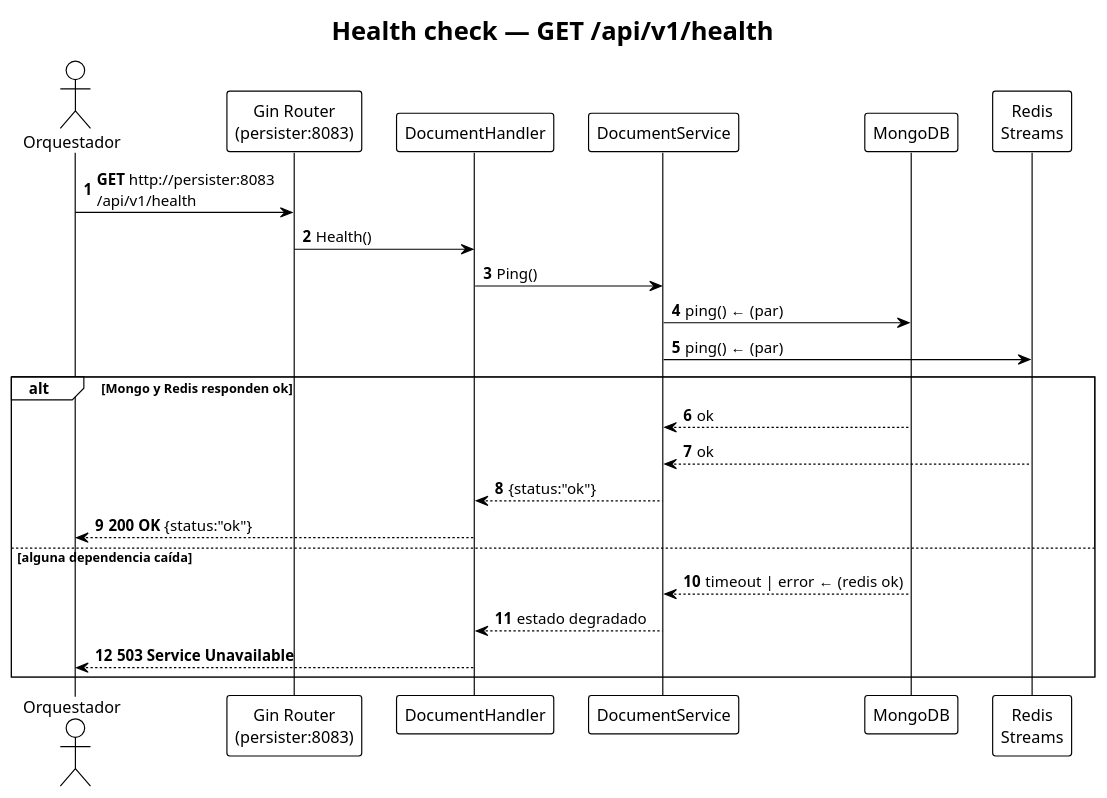
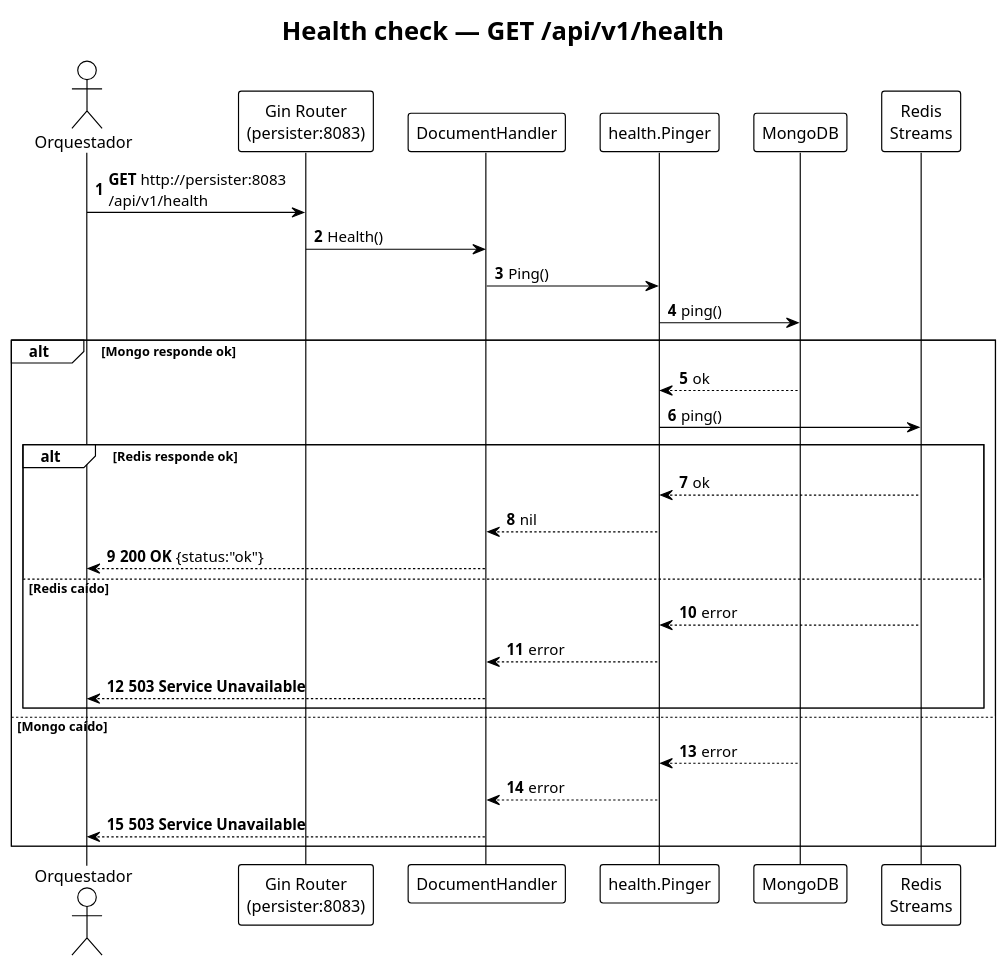
One commit to Zindorg/pdf-extractext-repositorios changed the diagram in docs/diagrams/sequence-health.puml. Above: the diagram before and after it, drawn with PlantUML. The commit also changed 29 other files, not shown here.

```diff
--- a/docs/diagrams/sequence-health.puml
+++ b/docs/diagrams/sequence-health.puml
@@ -1,31 +1,39 @@
 @startuml
+' Estado actual (2026-10-07): implementado — internal/adapters/health.Pinger
+' (ping secuencial: Mongo y después Redis; cualquier fallo → 503).
 !theme plain
 autonumber
 
 title "Health check — GET /api/v1/health"
 
 actor "Orquestador" as CLI
 participant "Gin Router\n(persister:8083)" as ROUTER
 participant "DocumentHandler" as HANDLER
-participant "DocumentService" as SERVICE
+participant "health.Pinger" as PINGER
 participant "MongoDB" as MONGO
 participant "Redis\nStreams" as REDIS
 
 CLI -> ROUTER : **GET** http://persister:8083\n/api/v1/health
 ROUTER -> HANDLER : Health()
 
-HANDLER -> SERVICE : Ping()
-SERVICE -> MONGO : ping()  ← (par)
-SERVICE -> REDIS : ping()  ← (par)
-alt Mongo y Redis responden ok
-    MONGO --> SERVICE : ok
-    REDIS --> SERVICE : ok
-    SERVICE --> HANDLER : {status:"ok"}
-    HANDLER --> CLI : **200 OK** {status:"ok"}
-else alguna dependencia caída
-    MONGO --> SERVICE : timeout | error  ← (redis ok)
-    SERVICE --> HANDLER : estado degradado
+HANDLER -> PINGER : Ping()
+PINGER -> MONGO : ping()
+alt Mongo responde ok
+    MONGO --> PINGER : ok
+    PINGER -> REDIS : ping()
+    alt Redis responde ok
+        REDIS --> PINGER : ok
+        PINGER --> HANDLER : nil
+        HANDLER --> CLI : **200 OK** {status:"ok"}
+    else Redis caído
+        REDIS --> PINGER : error
+        PINGER --> HANDLER : error
+        HANDLER --> CLI : **503 Service Unavailable**
+    end
+else Mongo caído
+    MONGO --> PINGER : error
+    PINGER --> HANDLER : error
     HANDLER --> CLI : **503 Service Unavailable**
 end
 
 @enduml
```
